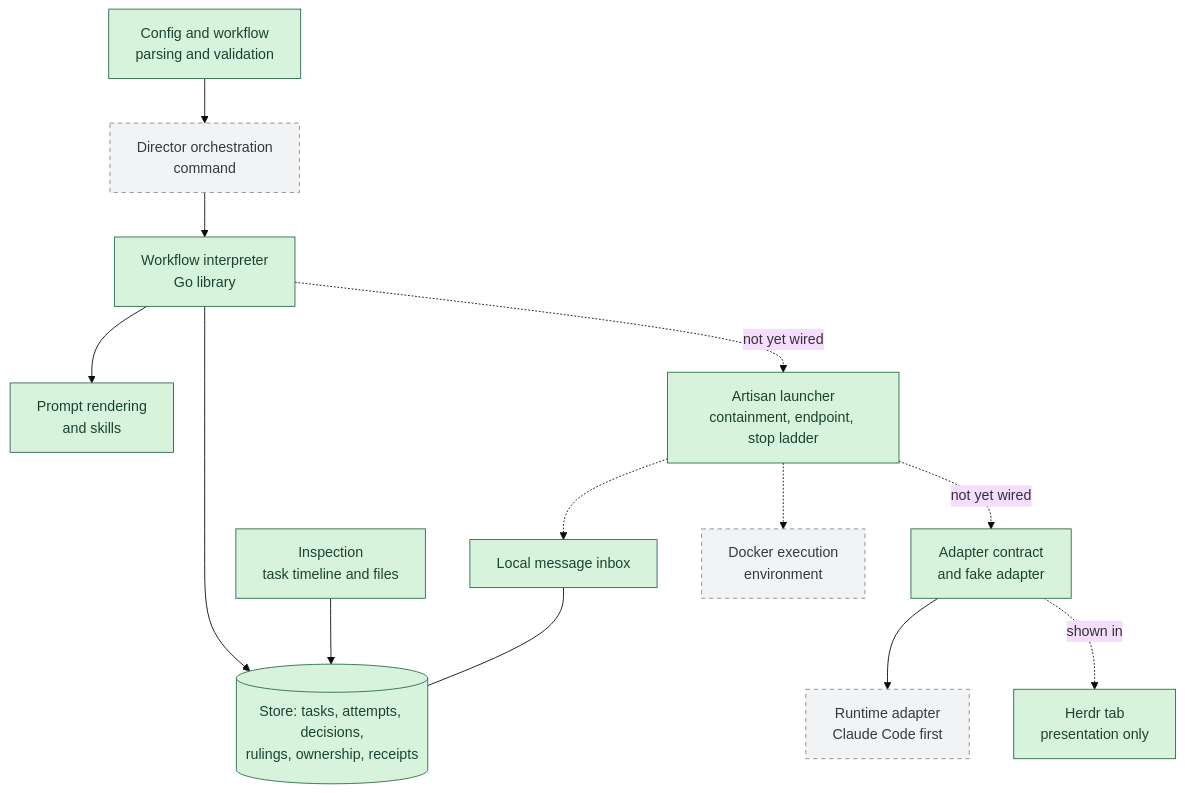
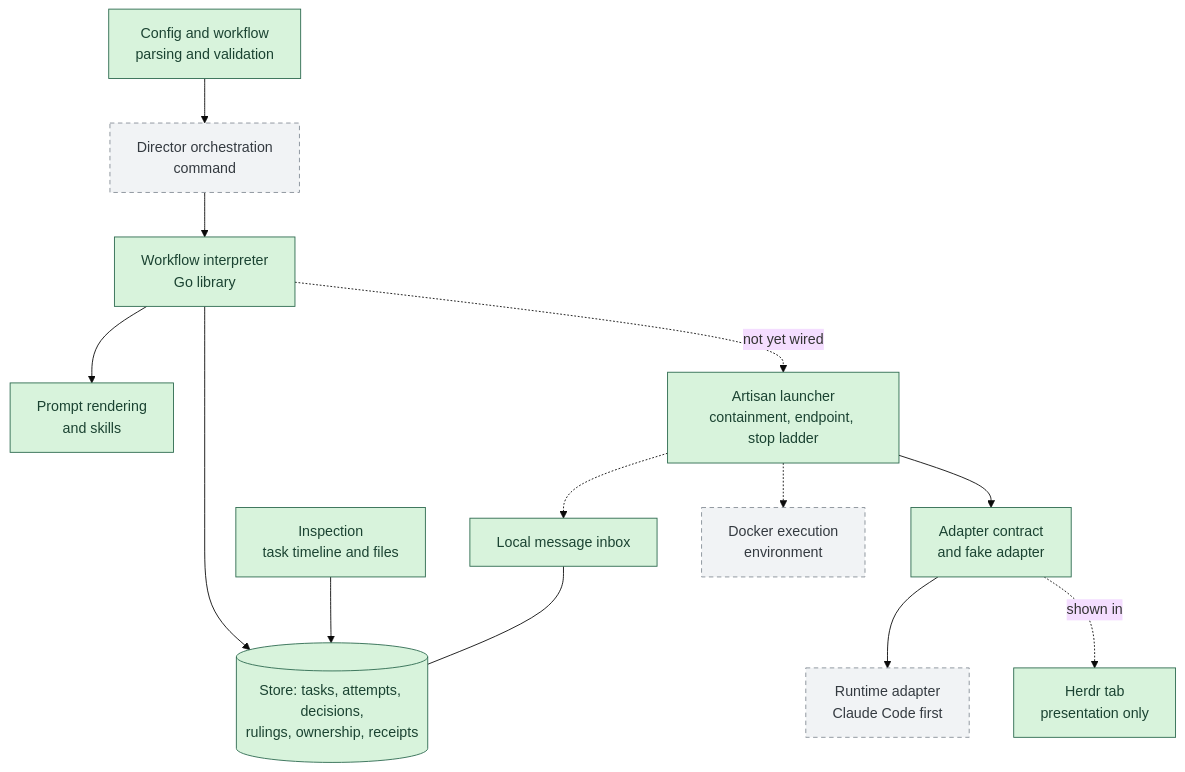
Before and after one commit to ndrwl/guildhall: the second of 4 diagrams in README.md, drawn with Mermaid (base theme). The commit also changed other lines of this file, not shown here.

````diff
--- a/README.md
+++ b/README.md
@@ -79,31 +79,31 @@
 ```mermaid
 flowchart TB
     classDef built fill:#d8f3dc,stroke:#2d6a4f,color:#1b4332
     classDef planned fill:#f1f3f5,stroke:#868e96,color:#343a40,stroke-dasharray:5 4
 
     CFG["Config and workflow<br/>parsing and validation"]:::built
     STORE[("Store: tasks, attempts, decisions,<br/>rulings, ownership, receipts")]:::built
     MSG["Local message inbox"]:::built
     INSP["Inspection<br/>task timeline and files"]:::built
     DIR["Director orchestration<br/>command"]:::planned
     INTERP["Workflow interpreter<br/>Go library"]:::built
     RENDER["Prompt rendering<br/>and skills"]:::built
     WRAP["Artisan launcher<br/>containment, endpoint, stop ladder"]:::built
     ADAPT["Adapter contract<br/>and fake adapter"]:::built
     RT["Runtime adapter<br/>Claude Code first"]:::planned
     EXEC["Docker execution<br/>environment"]:::planned
     HERDR["Herdr tab<br/>presentation only"]:::built
 
     CFG --> DIR
     DIR --> INTERP
     INTERP --> STORE
     INTERP --> RENDER
     INSP --> STORE
     MSG --- STORE
     INTERP -. "not yet wired" .-> WRAP
-    WRAP -. "not yet wired" .-> ADAPT
+    WRAP --> ADAPT
     ADAPT --> RT
     WRAP -.-> EXEC
     WRAP -.-> MSG
     ADAPT -. "shown in" .-> HERDR
 ```
````
